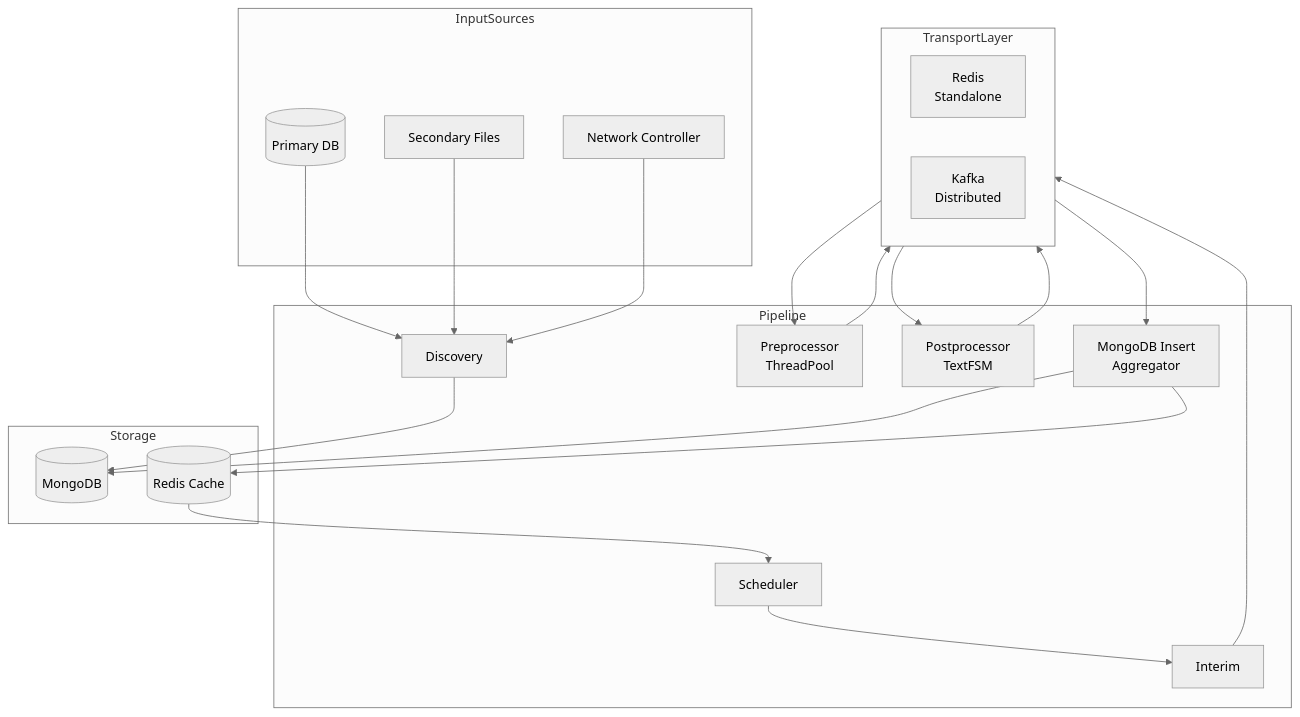
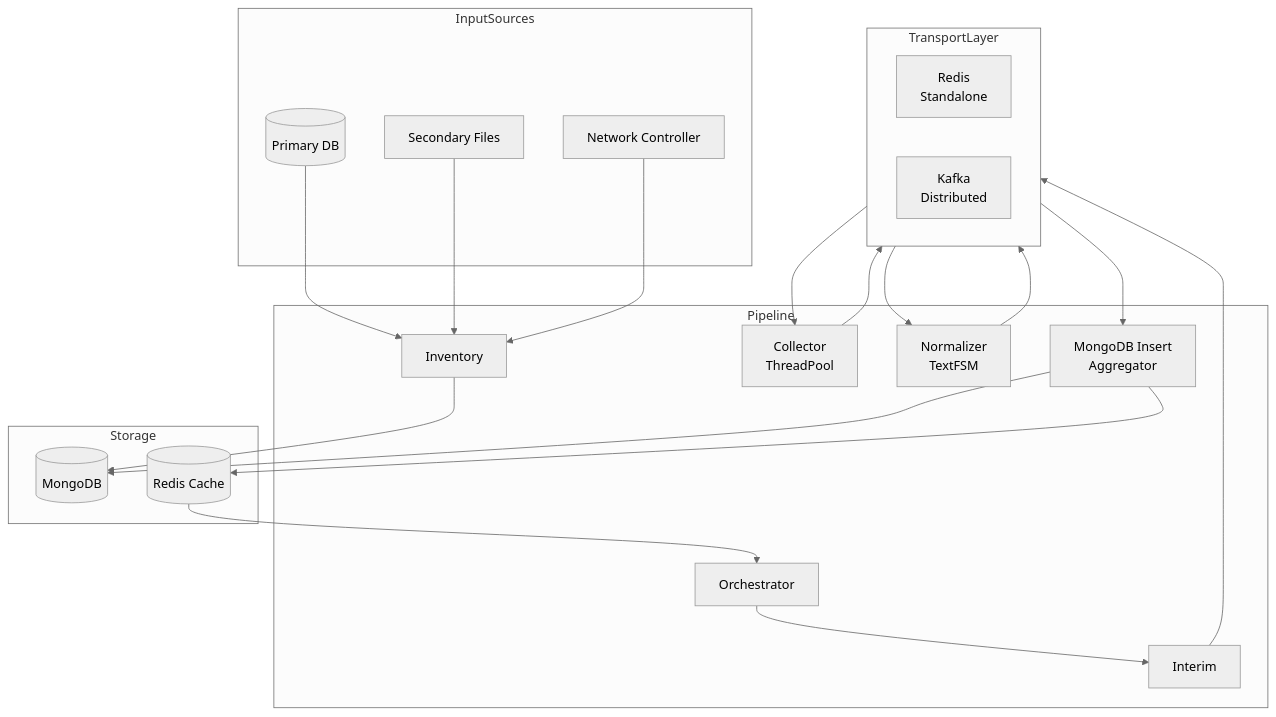
One commit to jatin-rout/netfleet changed the diagram in README.md. Above: the diagram before and after it, drawn with Mermaid (neutral theme). The commit also changed other lines of this file and 84 other files, not shown here.

````diff
--- a/README.md
+++ b/README.md
@@ -81,42 +81,42 @@
 ```mermaid
 graph TB
     subgraph InputSources
         PDB[(Primary DB)]
         SF[Secondary Files]
         NC[Network Controller]
     end
 
     subgraph Pipeline
-        D[Discovery]
-        S[Scheduler]
+        D[Inventory]
+        S[Orchestrator]
         I[Interim]
-        P[Preprocessor\nThreadPool]
-        PP[Postprocessor\nTextFSM]
+        P[Collector\nThreadPool]
+        PP[Normalizer\nTextFSM]
         M[MongoDB Insert\nAggregator]
     end
 
     subgraph TransportLayer
         RQ[Redis\nStandalone]
         KQ[Kafka\nDistributed]
     end
 
     subgraph Storage
         DB[(MongoDB)]
         RC[(Redis Cache)]
     end
 
     PDB --> D
     SF --> D
     NC --> D
     D --> DB
     S --> I
     I --> TransportLayer
     TransportLayer --> P
     P --> TransportLayer
     TransportLayer --> PP
     PP --> TransportLayer
     TransportLayer --> M
     M --> DB
     M --> RC
     RC --> S
 ```
````
